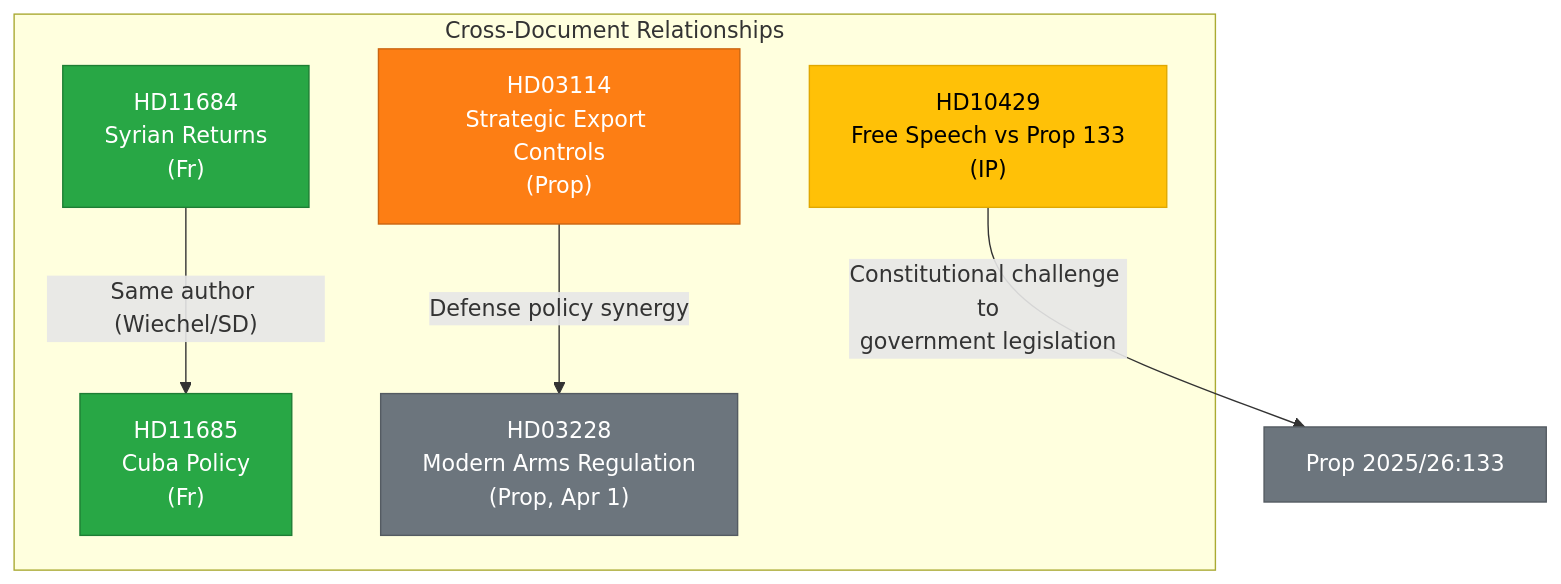
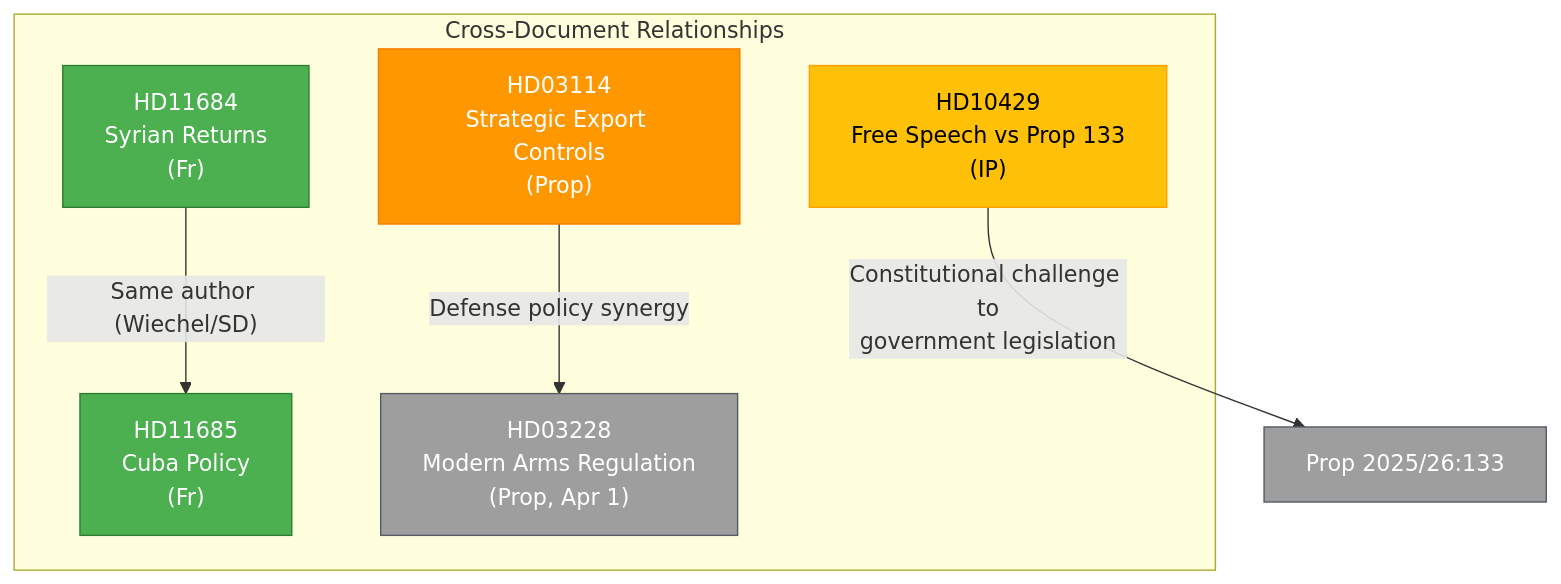
The diagram in analysis/daily/2026-04-07/realtime-1026/cross-reference-map.md (Hack23/riksdagsmonitor), drawn with Mermaid before and after one commit. The commit also changed 785 other files, not shown here.

First line of the commit message:
Normalize mermaid colors across 786 analysis artifacts to ISMS Style Guide palette

````diff
--- a/analysis/daily/2026-04-07/realtime-1026/cross-reference-map.md
+++ b/analysis/daily/2026-04-07/realtime-1026/cross-reference-map.md
@@ -16,21 +16,21 @@
 ```mermaid
 graph TD
     subgraph "Cross-Document Relationships"
         HD03114["HD03114<br/>Strategic Export Controls<br/>(Prop)"]
         HD10429["HD10429<br/>Free Speech vs Prop 133<br/>(IP)"]
         HD11684["HD11684<br/>Syrian Returns<br/>(Fr)"]
         HD11685["HD11685<br/>Cuba Policy<br/>(Fr)"]
         HD03228["HD03228<br/>Modern Arms Regulation<br/>(Prop, Apr 1)"]
     end
 
     HD03114 -->|"Defense policy synergy"| HD03228
     HD11684 -->|"Same author (Wiechel/SD)"| HD11685
     HD10429 -->|"Constitutional challenge to<br/>government legislation"| PROP133["Prop 2025/26:133"]
 
-    style HD03114 fill:#fd7e14,stroke:#ca6510,color:#fff
-    style HD10429 fill:#ffc107,stroke:#e0a800,color:#000
-    style HD11684 fill:#28a745,stroke:#1e7e34,color:#fff
-    style HD11685 fill:#28a745,stroke:#1e7e34,color:#fff
-    style HD03228 fill:#6c757d,stroke:#545b62,color:#fff
-    style PROP133 fill:#6c757d,stroke:#545b62,color:#fff
+    style HD03114 fill:#FF9800,stroke:#F57C00,color:#FFFFFF
+    style HD10429 fill:#FFC107,stroke:#FFA000,color:#000000
+    style HD11684 fill:#4CAF50,stroke:#2E7D32,color:#FFFFFF
+    style HD11685 fill:#4CAF50,stroke:#2E7D32,color:#FFFFFF
+    style HD03228 fill:#9E9E9E,stroke:#545b62,color:#FFFFFF
+    style PROP133 fill:#9E9E9E,stroke:#545b62,color:#FFFFFF
 ```
````
